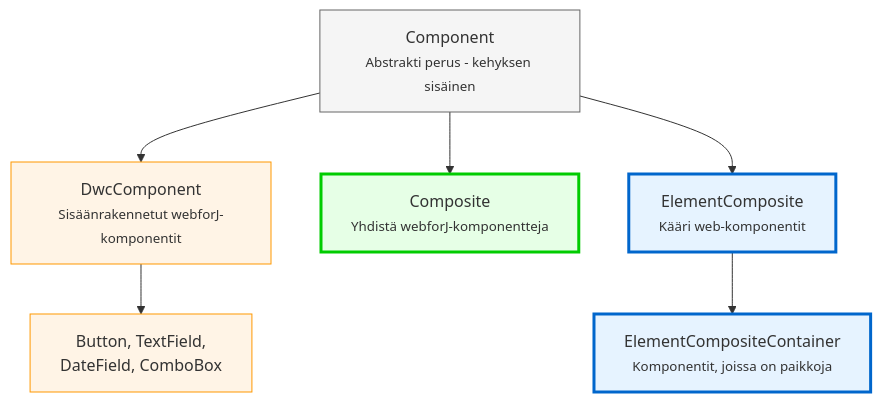
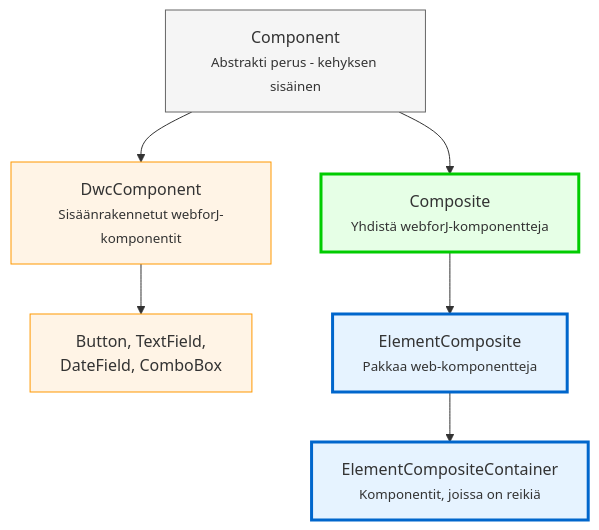
The diagram in docs/i18n/fi/docusaurus-plugin-content-docs/current/building-ui/component-fundamentals.md (webforj/webforj-documentation), drawn with Mermaid before and after one commit. The commit also changed other lines of this file and 389 other files, not shown here.

````diff
--- a/docs/i18n/fi/docusaurus-plugin-content-docs/current/building-ui/component-fundamentals.md
+++ b/docs/i18n/fi/docusaurus-plugin-content-docs/current/building-ui/component-fundamentals.md
@@ -52,22 +52,22 @@
 ```mermaid
 graph TD
-    A[Component<br/><small>Abstrakti perus - kehyksen sisäinen</small>]
-    
-    A --> B[DwcComponent<br/><small>Sisäänrakennetut webforJ-komponentit</small>]
-    A --> C[Composite<br/><small>Yhdistä webforJ-komponentteja</small>]
-    A --> D[ElementComposite<br/><small>Kääri web-komponentit</small>]
-    
-    B --> E[Button, TextField,<br/>DateField, ComboBox]
-    
-    D --> F[ElementCompositeContainer<br/><small>Komponentit, joissa on paikkoja</small>]
-    
-    style A fill:#f5f5f5,stroke:#666
-    style B fill:#fff4e6,stroke:#ff9800
-    style C fill:#e6ffe6,stroke:#00cc00
-    style D fill:#e6f3ff,stroke:#0066cc
-    style E fill:#fff4e6,stroke:#ff9800
-    style F fill:#e6f3ff,stroke:#0066cc
-    
-    classDef userClass stroke-width:3px
-    class C,D,F userClass
+  A[Component<br/><small>Abstrakti perus - kehyksen sisäinen</small>]
+  
+  A --> B[DwcComponent<br/><small>Sisäänrakennetut webforJ-komponentit</small>]
+  A --> C[Composite<br/><small>Yhdistä webforJ-komponentteja</small>]
+  
+  B --> E[Button, TextField,<br/>DateField, ComboBox]
+  
+  C --> D[ElementComposite<br/><small>Pakkaa web-komponentteja</small>]
+  D --> F[ElementCompositeContainer<br/><small>Komponentit, joissa on reikiä</small>]
+  
+  style A fill:#f5f5f5,stroke:#666
+  style B fill:#fff4e6,stroke:#ff9800
+  style C fill:#e6ffe6,stroke:#00cc00
+  style D fill:#e6f3ff,stroke:#0066cc
+  style E fill:#fff4e6,stroke:#ff9800
+  style F fill:#e6f3ff,stroke:#0066cc
+  
+  classDef userClass stroke-width:3px
+  class C,D,F userClass
 ```
````
